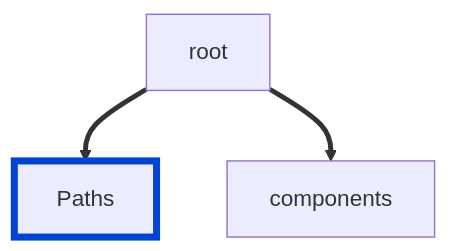
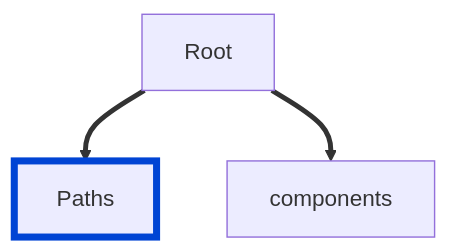
One commit to Redocly/redocly-cli changed the diagram in docs/@v1/rules/oas/no-ambiguous-paths.md. Above: the diagram before and after it, drawn with Mermaid. The commit also changed 36 other files, not shown here.

````diff
--- a/docs/@v1/rules/oas/no-ambiguous-paths.md
+++ b/docs/@v1/rules/oas/no-ambiguous-paths.md
@@ -28,9 +28,9 @@
 ```mermaid
 flowchart TD
 
-root ==> Paths
+Root ==> Paths
 
-root ==> components
+Root ==> components
 
 style Paths fill:#codaf9,stroke:#0044d4,stroke-width:5px
 ```
````
